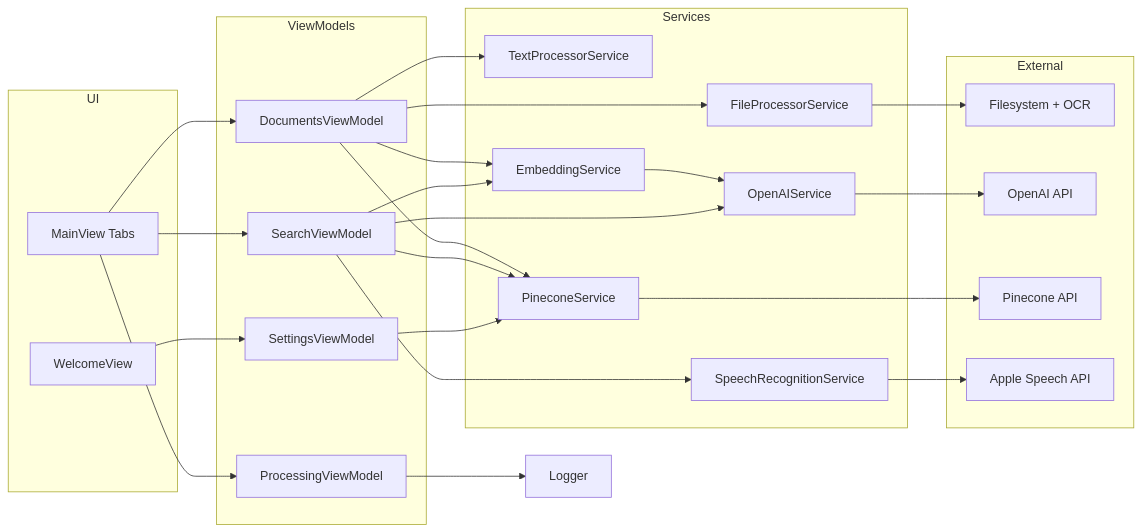
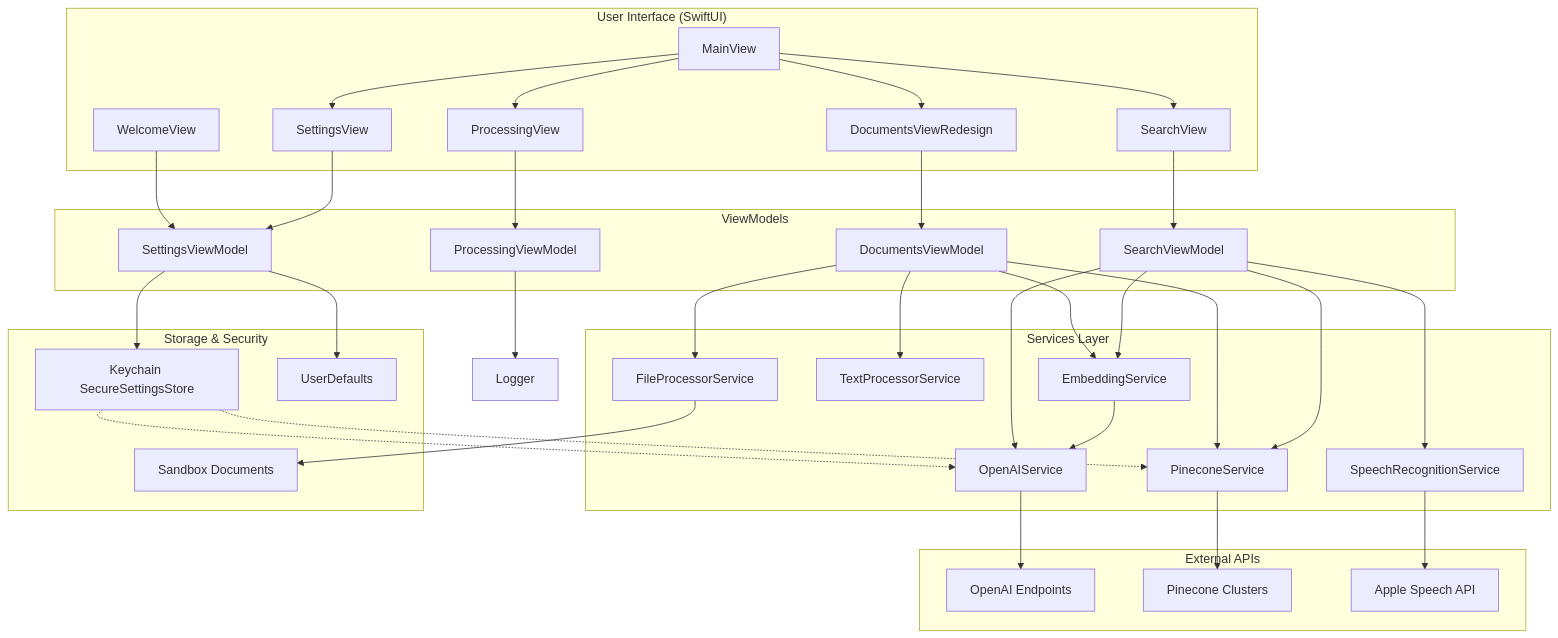
The second of 4 diagrams in README.md (Gunnarguy/OpenCone), drawn with Mermaid before and after one commit. The commit also changed other lines of this file and 11 other files, not shown here.

````diff
--- a/README.md
+++ b/README.md
@@ -105,42 +83,59 @@
 ```mermaid
-flowchart LR
-    subgraph UI
+flowchart TD
+    subgraph UI["User Interface (SwiftUI)"]
         W[WelcomeView]
-        M[MainView Tabs]
+        M[MainView]
+        DV[DocumentsViewRedesign]
+        SV[SearchView]
+        SetV[SettingsView]
+        LV[ProcessingView]
     end
-    subgraph ViewModels
-        SV[SettingsViewModel]
-        DV[DocumentsViewModel]
-        QV[SearchViewModel]
-        LV[ProcessingViewModel]
+
+    subgraph ViewModels["ViewModels"]
+        DVM[DocumentsViewModel]
+        SVM[SearchViewModel]
+        SetVM[SettingsViewModel]
+        LVM[ProcessingViewModel]
     end
-    subgraph Services
+
+    subgraph Services["Services Layer"]
         FP[FileProcessorService]
         TP[TextProcessorService]
         ES[EmbeddingService]
         OA[OpenAIService]
         PC[PineconeService]
         SR[SpeechRecognitionService]
     end
-    subgraph External
-        Files[Filesystem + OCR]
-        OpenAI[OpenAI API]
-        Pinecone[Pinecone API]
+
+    subgraph Storage["Storage & Security"]
+        KEY[Keychain SecureSettingsStore]
+        UD[UserDefaults]
+        FILE[Sandbox Documents]
+    end
+
+    subgraph External["External APIs"]
+        OpenAI[OpenAI Endpoints]
+        Pinecone[Pinecone Clusters]
         AppleSpeech[Apple Speech API]
     end
 
-    W --> SV
-    M --> DV
-    M --> QV
-    M --> LV
-    DV --> FP --> Files
-    DV --> TP
-    DV --> ES --> OA --> OpenAI
-    DV --> PC --> Pinecone
-    QV --> ES
-    QV --> PC
-    QV --> OA
-    QV --> SR --> AppleSpeech
-    SV --> PC
-    LV --> Logger
+    %% Wiring
+    M --> DV & SV & SetV & LV
+    W --> SetVM
+    DV --> DVM
+    SV --> SVM
+    SetV --> SetVM
+    LV --> LVM
+
+    DVM --> FP & TP & ES & PC
+    SVM --> ES & PC & OA & SR
+    SetVM --> KEY & UD
+    LVM --> Logger
+
+    FP --> FILE
+    SR --> AppleSpeech
+    ES --> OA
+    OA --> OpenAI
+    PC --> Pinecone
+    KEY -.-> OA & PC
 ```
````
